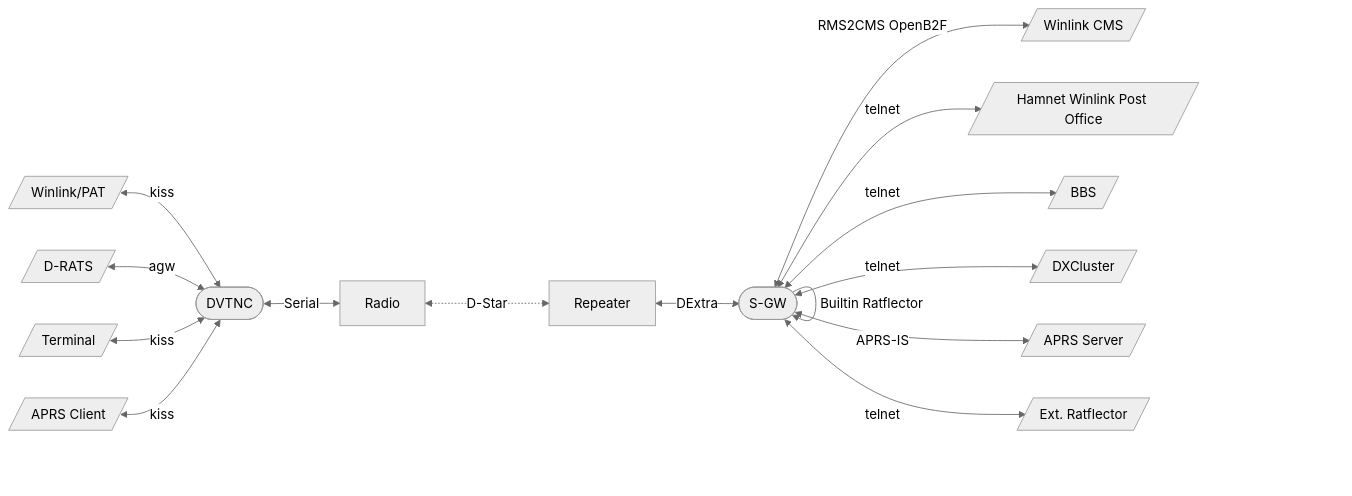
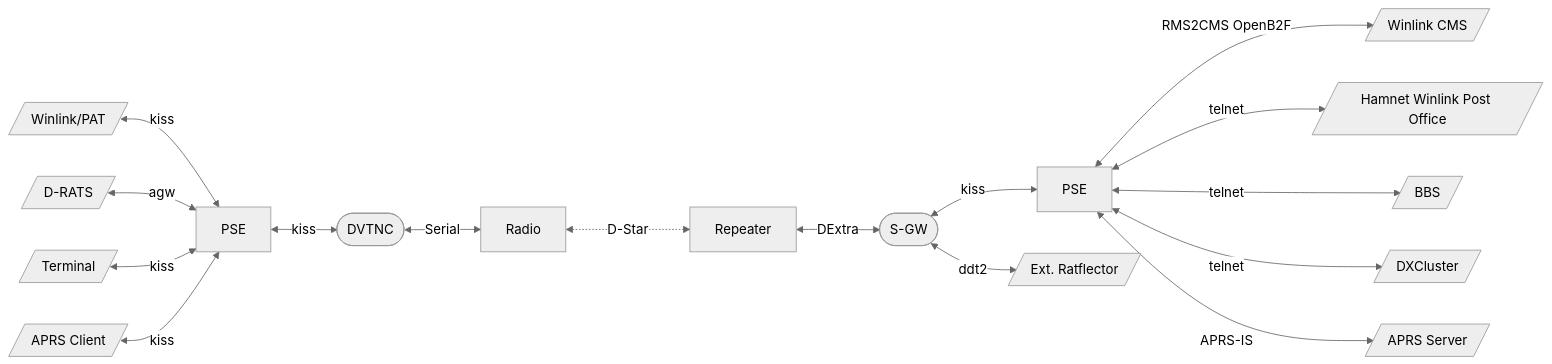
Before and after one commit to dscp46/dsgw: the diagram in README.md, drawn with Mermaid (neutral theme).

````diff
--- a/README.md
+++ b/README.md
@@ -17,17 +17,18 @@
 ```mermaid
 flowchart LR
-    wl2k[/Winlink/PAT/] <-->|kiss| tnc@{ shape: stadium, label: "DVTNC"}
-    rat[/D-RATS/] <-->|agw| tnc
-    term[/Terminal/] <-->|kiss| tnc
-    apc[/APRS Client/] <-->|kiss| tnc
+    wl2k[/Winlink/PAT/] <-->|kiss| pse_c[PSE]
+    rat[/D-RATS/] <-->|agw| pse_c
+    term[/Terminal/] <-->|kiss| pse_c
+    apc[/APRS Client/] <-->|kiss| pse_c
+    pse_c <-->|kiss| tnc@{ shape: stadium, label: "DVTNC"}
     tnc <-->|Serial| radio[Radio]
     radio <-..->|D-Star| rptr[Repeater]
     rptr <-->|DExtra| dsgw@{ shape: stadium, label: "S-GW"}
-    dsgw <-->|RMS2CMS OpenB2F| cms[/Winlink CMS/]
-    dsgw <-->|telnet| wlpo[/Hamnet Winlink Post Office/]
-    dsgw <-->|telnet| bbs[/BBS/]
-    dsgw <-->|telnet| dxc[/DXCluster/]
-    dsgw <-->|APRS-IS| abk[/APRS Server/]
-    dsgw <--> |telnet| rfl[/Ext. Ratflector/]
-    dsgw --> |Builtin Ratflector| dsgw
+    dsgw <--> |kiss|pse_s[PSE]
+    pse_s <-->|RMS2CMS OpenB2F| cms[/Winlink CMS/]
+    pse_s <-->|telnet| wlpo[/Hamnet Winlink Post Office/]
+    pse_s <-->|telnet| bbs[/BBS/]
+    pse_s <-->|telnet| dxc[/DXCluster/]
+    pse_s <-->|APRS-IS| abk[/APRS Server/]
+    dsgw <--> |ddt2| rfl[/Ext. Ratflector/]
 ```
````
